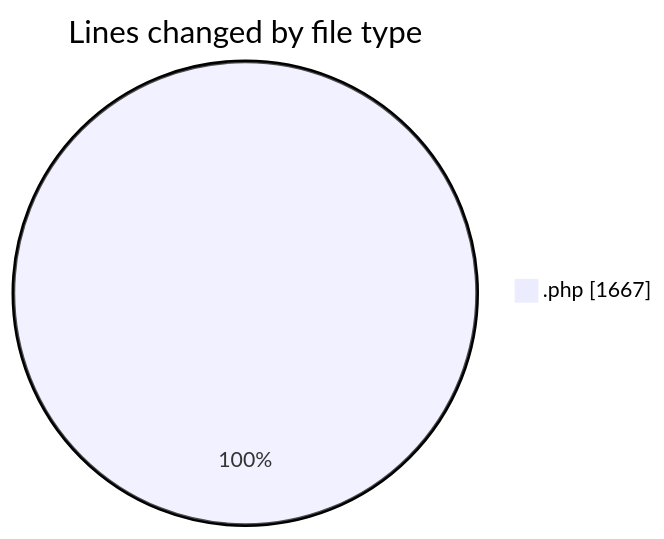
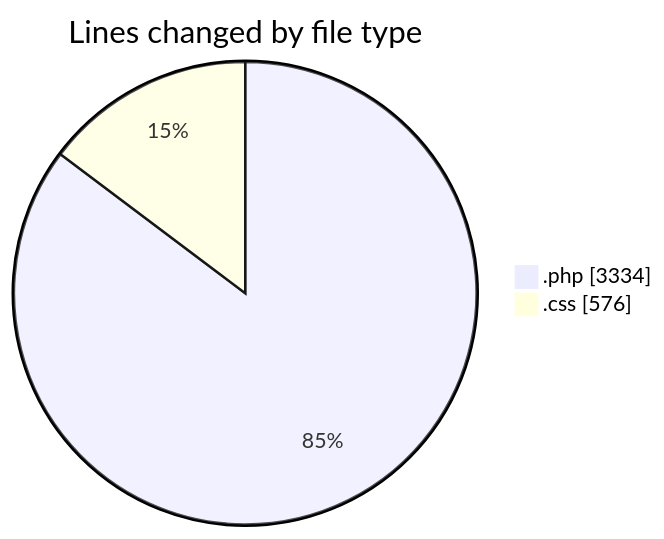
Before and after one commit to debugP/code-tracking: the first of 2 diagrams in 2025-08-26/woocommerce-custom-product-bundles/README.md, drawn with Mermaid. The commit also changed other lines of this file and 1 other file, not shown here.

````diff
--- a/2025-08-26/woocommerce-custom-product-bundles/README.md
+++ b/2025-08-26/woocommerce-custom-product-bundles/README.md
@@ -20,5 +21,6 @@
 ```mermaid
 pie showData
 title Lines changed by file type
-".php" : 1667
+".php" : 3334
+".css" : 576
 ```
````
